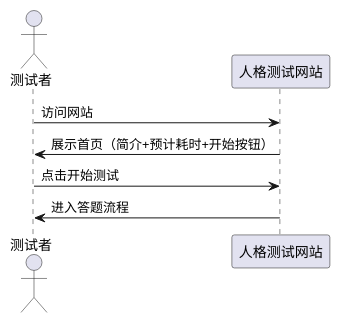
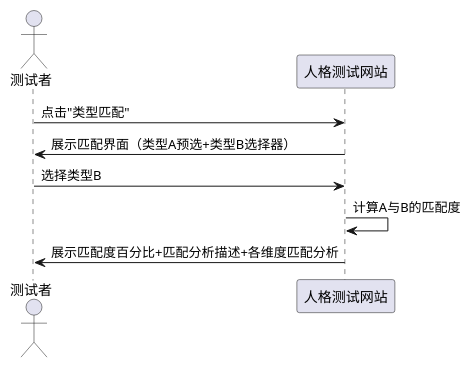
The seventh of 10 diagrams in .codeartsdoer/specs/personality-test/spec.md (winter-cr/xxti), drawn with PlantUML before and after one commit. The commit also changed other lines of this file and 44 other files, not shown here.

````diff
--- a/.codeartsdoer/specs/personality-test/spec.md
+++ b/.codeartsdoer/specs/personality-test/spec.md
@@ -283,11 +529,12 @@
 ```plantuml
 @startuml
 actor "测试者" as user
 participant "人格测试网站" as system
 
-user -> system : 访问网站
-system -> user : 展示首页（简介+预计耗时+开始按钮）
-user -> system : 点击开始测试
-system -> user : 进入答题流程
+user -> system : 点击"类型匹配"
+system -> user : 展示匹配界面（类型A预选+类型B选择器）
+user -> system : 选择类型B
+system -> system : 计算A与B的匹配度
+system -> user : 展示匹配度百分比+匹配分析描述+各维度匹配分析
 @enduml
 ```
````
